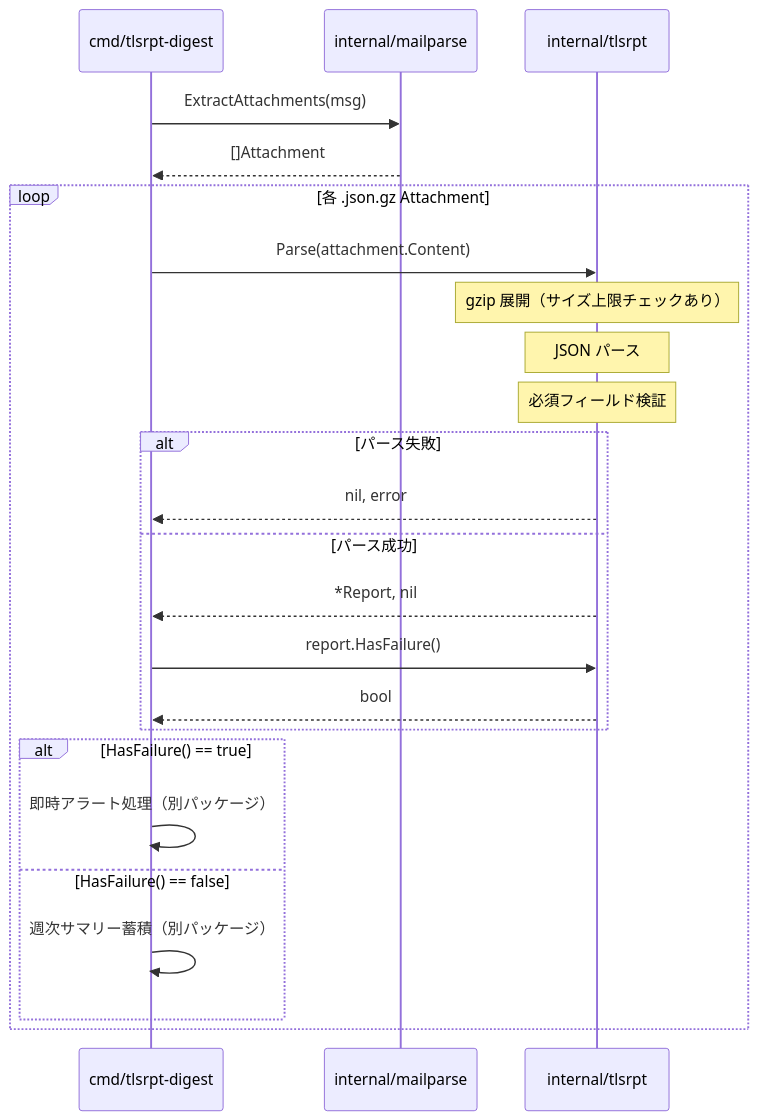
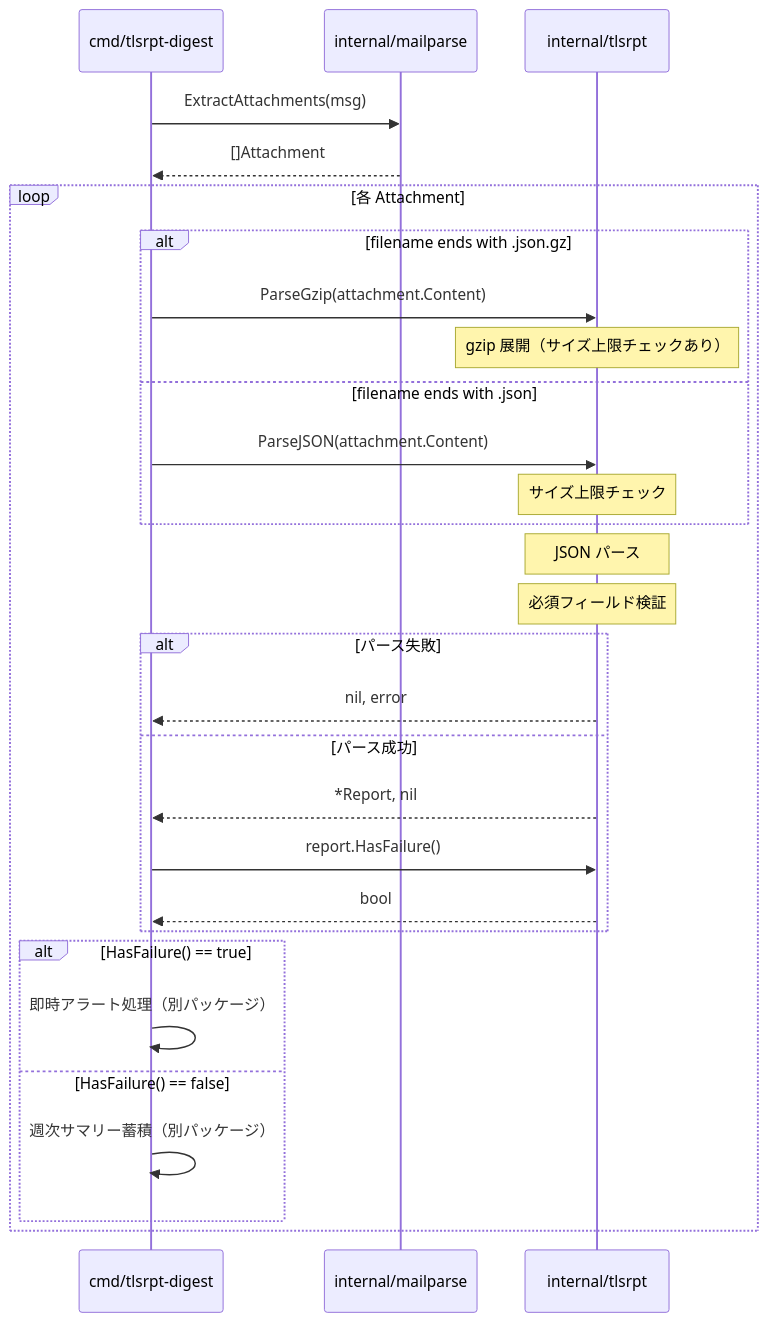
The fourth of 7 diagrams in docs/tasks/0020_tlsrpt/02_architecture.md (isseis/tlsrpt-digest), drawn with Mermaid before and after one commit. The commit also changed other lines of this file and 3 other files, not shown here.

First line of the commit message:
refactor(tlsrpt): replace Parse() with ParseGzip() and ParseJSON()

````diff
--- a/docs/tasks/0020_tlsrpt/02_architecture.md
+++ b/docs/tasks/0020_tlsrpt/02_architecture.md
@@ -109,27 +109,32 @@
 ```mermaid
 sequenceDiagram
     participant CMD as cmd/tlsrpt-digest
     participant MP as internal/mailparse
     participant TR as internal/tlsrpt
 
     CMD->>MP: ExtractAttachments(msg)
     MP-->>CMD: []Attachment
-    loop 各 .json.gz Attachment
-        CMD->>TR: Parse(attachment.Content)
-        Note over TR: gzip 展開（サイズ上限チェックあり）
+    loop 各 Attachment
+        alt filename ends with .json.gz
+            CMD->>TR: ParseGzip(attachment.Content)
+            Note over TR: gzip 展開（サイズ上限チェックあり）
+        else filename ends with .json
+            CMD->>TR: ParseJSON(attachment.Content)
+            Note over TR: サイズ上限チェック
+        end
         Note over TR: JSON パース
         Note over TR: 必須フィールド検証
         alt パース失敗
             TR-->>CMD: nil, error
         else パース成功
             TR-->>CMD: *Report, nil
             CMD->>TR: report.HasFailure()
             TR-->>CMD: bool
         end
         alt HasFailure() == true
             CMD->>CMD: 即時アラート処理（別パッケージ）
         else HasFailure() == false
             CMD->>CMD: 週次サマリー蓄積（別パッケージ）
         end
     end
 ```
````
